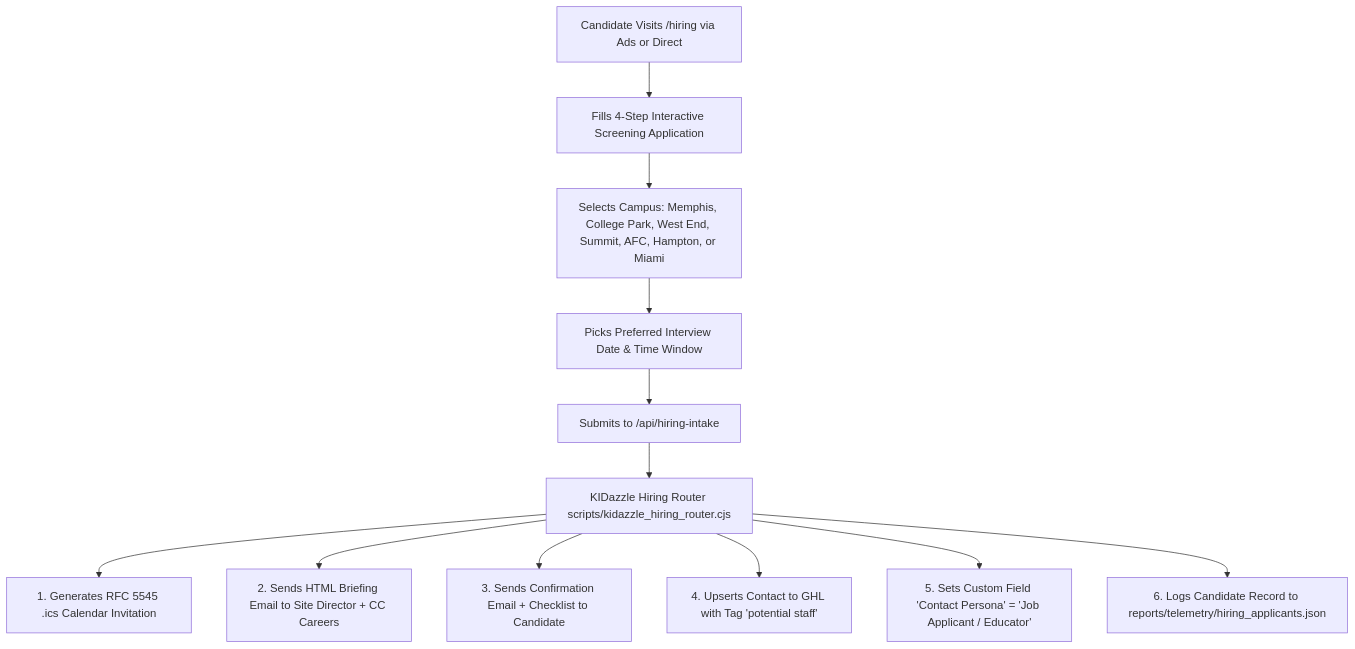
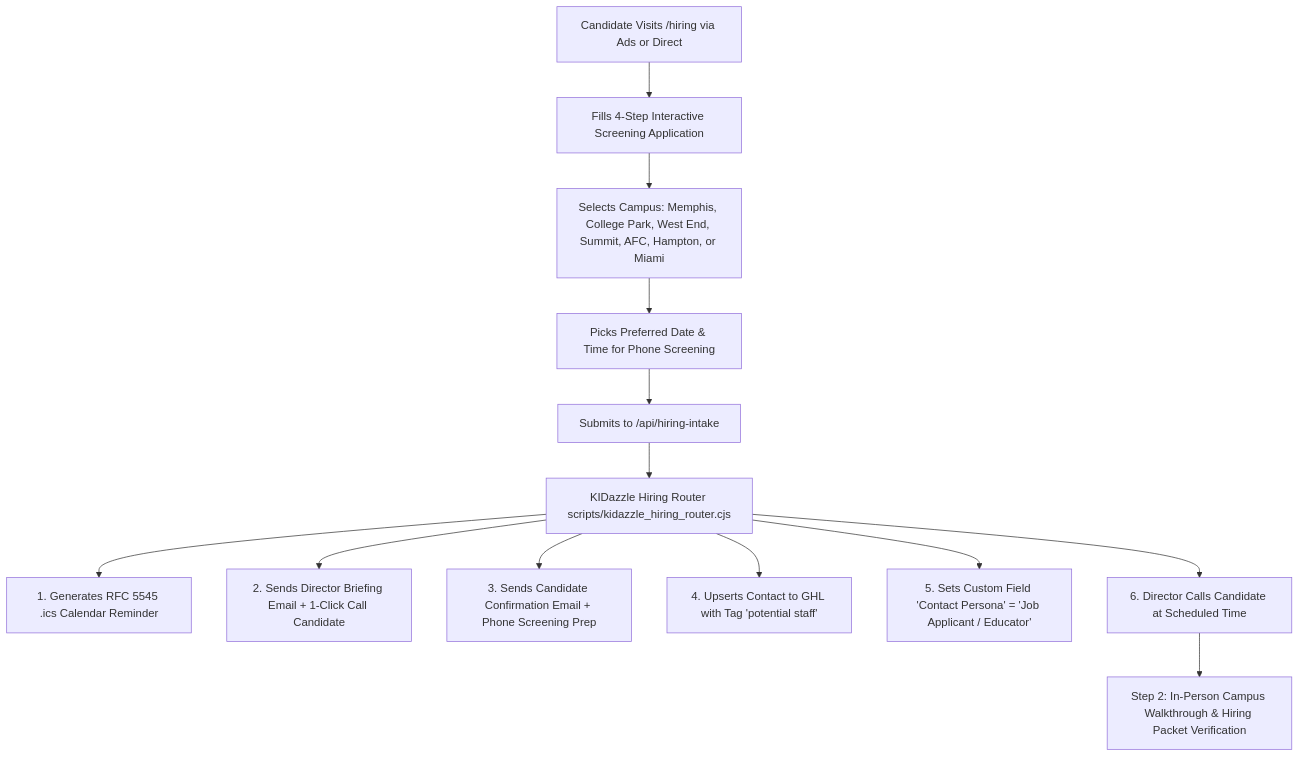
The diagram in KIDAZZLE_HIRING_PACKET_SPEC.md (bullmight703A/kidaazle-html), drawn with Mermaid before and after one commit. The commit also changed other lines of this file and 5 other files, not shown here.

Commit message:
feat(hiring): adjust interview workflow to phone screening and secondary walkthrough

````diff
--- a/KIDAZZLE_HIRING_PACKET_SPEC.md
+++ b/KIDAZZLE_HIRING_PACKET_SPEC.md
@@ -40,14 +43,15 @@
 ```mermaid
 graph TD
     A[Candidate Visits /hiring via Ads or Direct] --> B[Fills 4-Step Interactive Screening Application]
     B --> C[Selects Campus: Memphis, College Park, West End, Summit, AFC, Hampton, or Miami]
-    C --> D[Picks Preferred Interview Date & Time Window]
+    C --> D[Picks Preferred Date & Time for Phone Screening]
     D --> E[Submits to /api/hiring-intake]
     E --> F[KIDazzle Hiring Router scripts/kidazzle_hiring_router.cjs]
-    F --> G[1. Generates RFC 5545 .ics Calendar Invitation]
-    F --> H[2. Sends HTML Briefing Email to Site Director + CC Careers]
-    F --> I[3. Sends Confirmation Email + Checklist to Candidate]
+    F --> G[1. Generates RFC 5545 .ics Calendar Reminder]
+    F --> H[2. Sends Director Briefing Email + 1-Click Call Candidate]
+    F --> I[3. Sends Candidate Confirmation Email + Phone Screening Prep]
     F --> J[4. Upserts Contact to GHL with Tag 'potential staff']
     F --> K[5. Sets Custom Field 'Contact Persona' = 'Job Applicant / Educator']
-    F --> L[6. Logs Candidate Record to reports/telemetry/hiring_applicants.json]
+    F --> L[6. Director Calls Candidate at Scheduled Time]
+    L --> M[Step 2: In-Person Campus Walkthrough & Hiring Packet Verification]
 ```
````
